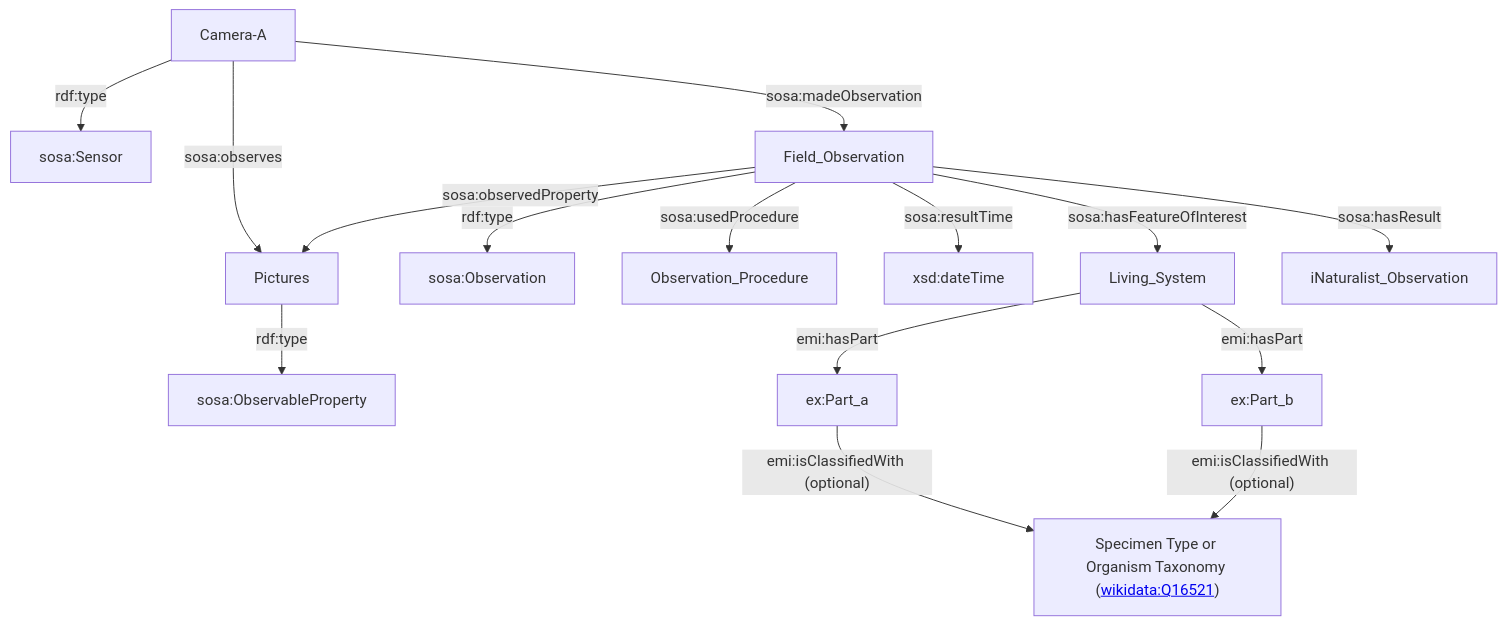
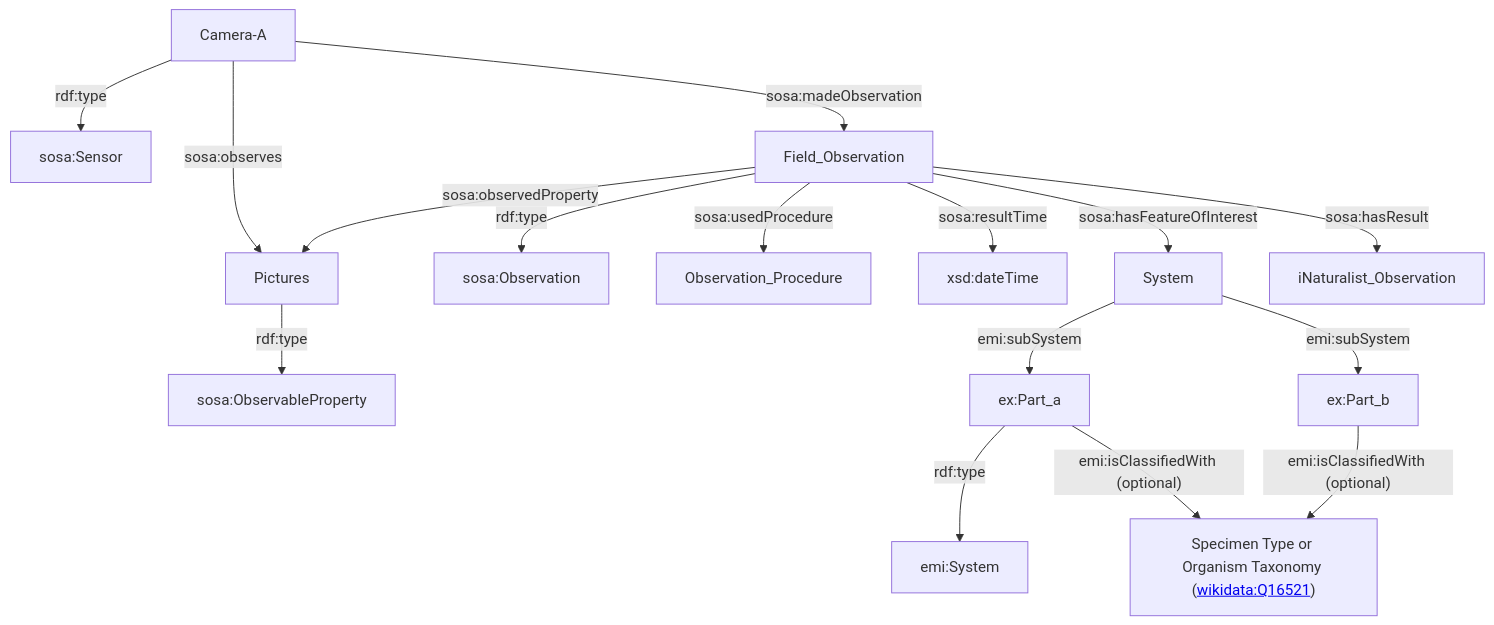
The third of 8 diagrams in README.md (digital-botanical-gardens-initiative/earth_metabolome_ontology), drawn with Mermaid before and after one commit.

````diff
--- a/README.md
+++ b/README.md
@@ -80,18 +80,19 @@
 ```mermaid
 graph TD
 
 		Camera-A -->|rdf:type|sosa:Sensor
 		Camera-A -->|sosa:madeObservation|Field_Observation["Field_Observation"]
 		Camera-A -->|sosa:observes|Pictures["Pictures"]
     Field_Observation -->|rdf:type|sosa:Observation["sosa:Observation"]
     Field_Observation -->|sosa:observedProperty|Pictures["Pictures"]
     Pictures --> |rdf:type|sosa:Observable_property["sosa:ObservableProperty"]
     Field_Observation -->|sosa:usedProcedure|Observation_Procedure["Observation_Procedure"]
     Field_Observation -->|sosa:resultTime|xsd:dateTime
-    Field_Observation -->|"sosa:hasFeatureOfInterest"|Living_System["Living_System"]
+    Field_Observation -->|"sosa:hasFeatureOfInterest"|System["System"]
     Field_Observation -->|sosa:hasResult|iNaturalist_Observation["iNaturalist_Observation"]
-    Living_System -->|emi:hasPart|o_a["ex:Part_a"]
-    Living_System -->|emi:hasPart|o_b["ex:Part_b"]
+    System -->|emi:subSystem|o_a["ex:Part_a"]
+    System -->|emi:subSystem|o_b["ex:Part_b"]
+    o_a -->|rdf:type|emi:System
     o_a -->|"emi:isClassifiedWith (optional)"|w2["Specimen Vocabulary or Organism Taxonomy (<a href=http://www.wikidata.org/entity/Q16521>wikidata:Q16521</a>)"]
     o_b -->|"emi:isClassifiedWith (optional)"|w2["Specimen Type or Organism Taxonomy (<a href=http://www.wikidata.org/entity/Q16521>wikidata:Q16521</a>)"]
 ```
````
